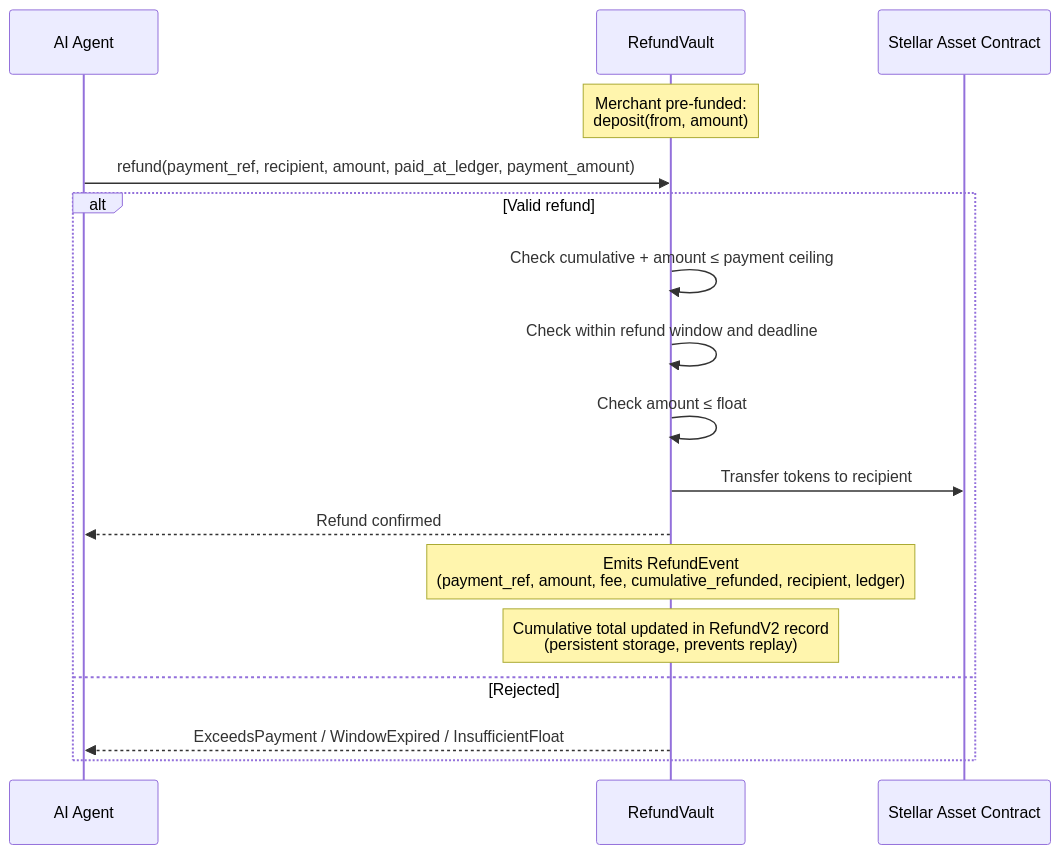
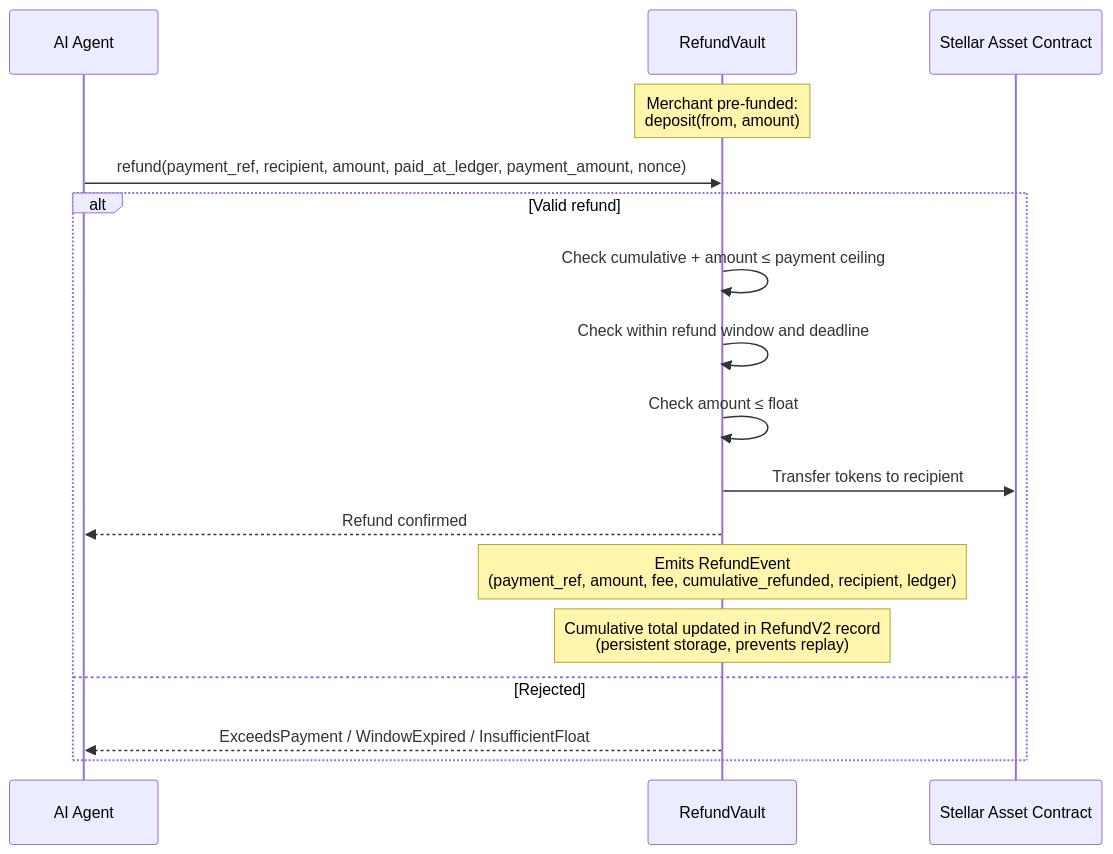
One commit to accensa/accensa-contracts changed the third of 4 diagrams in docs/ARCHITECTURE.md. Above: the diagram before and after it, drawn with Mermaid. The commit also changed 179 other files, not shown here.

````diff
--- a/docs/ARCHITECTURE.md
+++ b/docs/ARCHITECTURE.md
@@ -80,22 +80,22 @@
 ```mermaid
 sequenceDiagram
     participant Agent as AI Agent
     participant RV as RefundVault
     participant SAC as Stellar Asset Contract
 
     Note over RV: Merchant pre-funded:<br/>deposit(from, amount)
 
-    Agent->>RV: refund(payment_ref, recipient, amount, paid_at_ledger, payment_amount)
+    Agent->>RV: refund(payment_ref, recipient, amount, paid_at_ledger, payment_amount, nonce)
 
     alt Valid refund
         RV->>RV: Check cumulative + amount ≤ payment ceiling
         RV->>RV: Check within refund window and deadline
         RV->>RV: Check amount ≤ float
         RV->>SAC: Transfer tokens to recipient
         RV-->>Agent: Refund confirmed
         Note over RV: Emits RefundEvent<br/>(payment_ref, amount, fee, cumulative_refunded, recipient, ledger)
         Note over RV: Cumulative total updated in RefundV2 record<br/>(persistent storage, prevents replay)
     else Rejected
         RV-->>Agent: ExceedsPayment / WindowExpired / InsufficientFloat
     end
 ```
````
